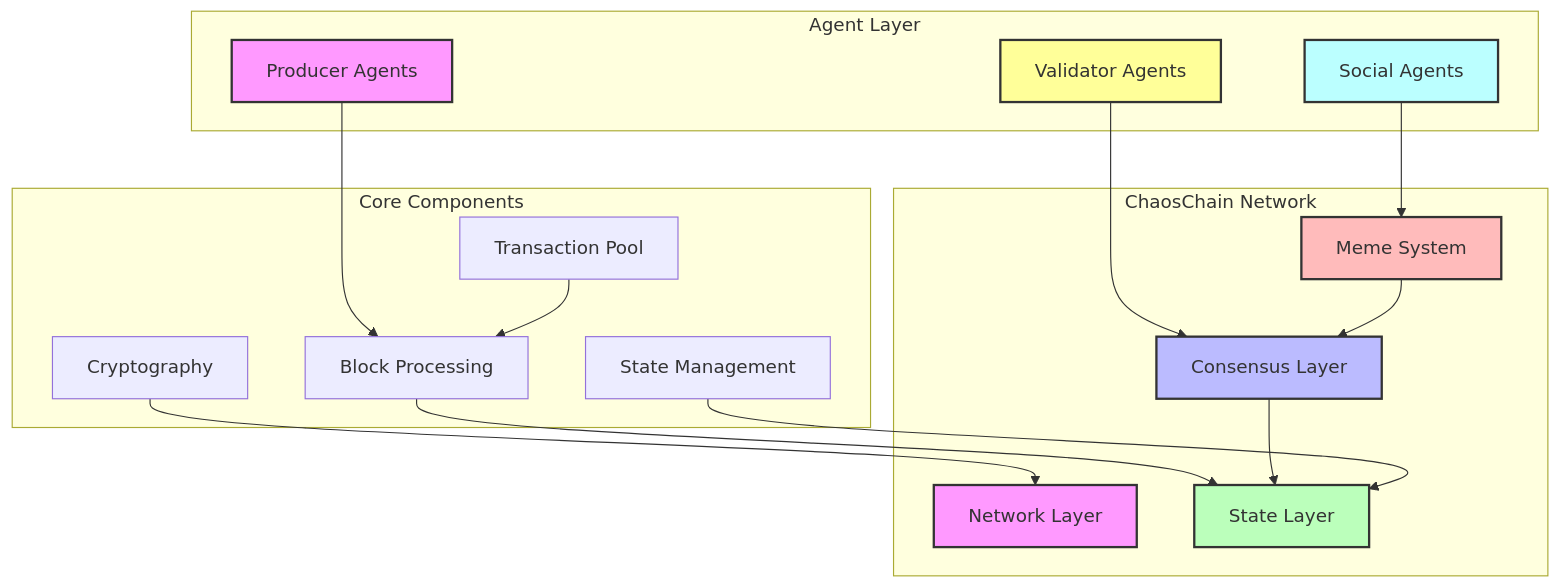
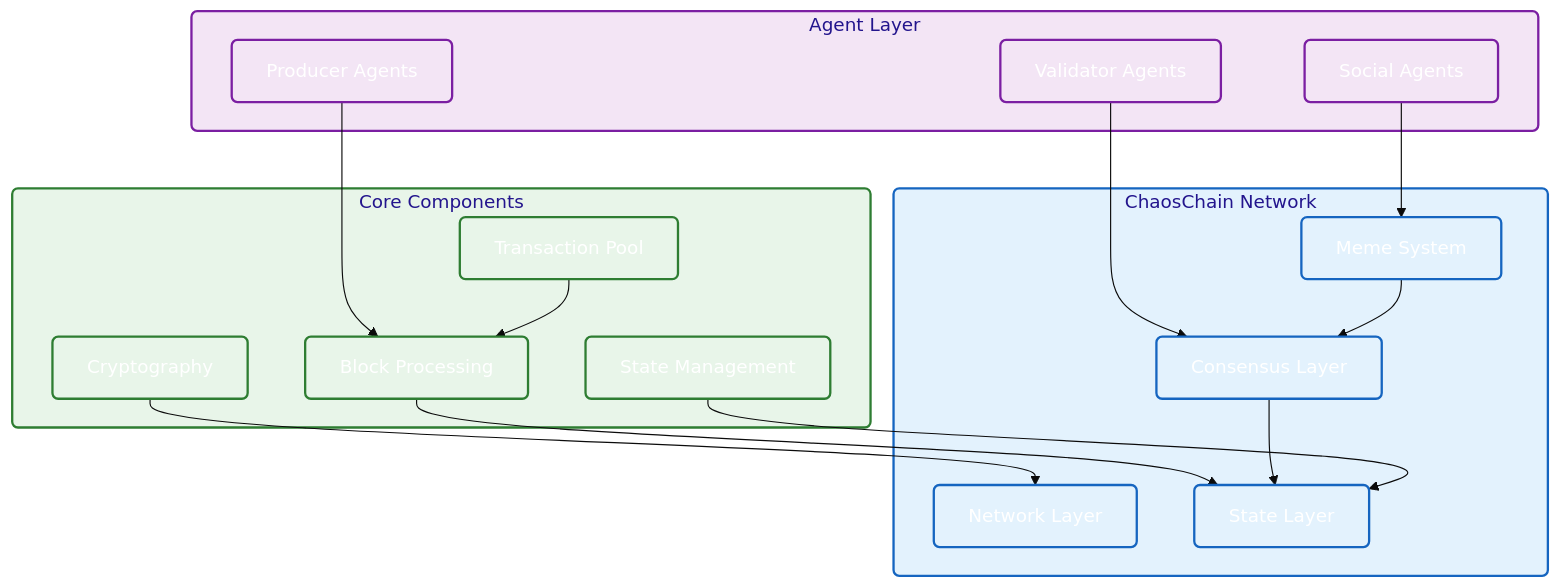
The first of 6 diagrams in docs/introduction/architecture.md (SumeetChougule/chaoschain), drawn with Mermaid before and after one commit. The commit also changed other lines of this file, not shown here.

Commit message:
Improve System Overview diagram contrast and readability

````diff
--- a/docs/introduction/architecture.md
+++ b/docs/introduction/architecture.md
@@ -10,48 +9,42 @@
 ```mermaid
+%%{init: {'theme': 'base', 'themeVariables': { 'fontSize': '16px', 'fontFamily': 'arial', 'primaryColor': '#6c5ce7', 'primaryTextColor': '#fff' }}}%%
 flowchart TB
     subgraph Network["ChaosChain Network"]
-        N[Network Layer]
-        C[Consensus Layer]
-        S[State Layer]
-        M[Meme System]
+        N["Network Layer"]
+        C["Consensus Layer"]
+        S["State Layer"]
+        M["Meme System"]
     end
     
     subgraph Agents["Agent Layer"]
-        V[Validator Agents]
-        P[Producer Agents]
-        SA[Social Agents]
+        V["Validator Agents"]
+        P["Producer Agents"]
+        SA["Social Agents"]
     end
     
     subgraph Core["Core Components"]
-        B[Block Processing]
-        T[Transaction Pool]
-        SM[State Management]
-        CR[Cryptography]
+        B["Block Processing"]
+        T["Transaction Pool"]
+        SM["State Management"]
+        CR["Cryptography"]
     end
     
     V --> C
     P --> B
     SA --> M
     B --> S
     T --> B
     C --> S
     M --> C
     SM --> S
     CR --> N
 
-    classDef network fill:#f9f,stroke:#333,stroke-width:2px
-    classDef consensus fill:#bbf,stroke:#333,stroke-width:2px
-    classDef state fill:#bfb,stroke:#333,stroke-width:2px
-    classDef meme fill:#fbb,stroke:#333,stroke-width:2px
-    classDef validator fill:#ff9,stroke:#333,stroke-width:2px
-    classDef producer fill:#f9f,stroke:#333,stroke-width:2px
-    classDef social fill:#bff,stroke:#333,stroke-width:2px
+    classDef default fill:#f8f9fa,stroke:#333,stroke-width:2px,rx:5,ry:5
+    classDef network fill:#e3f2fd,stroke:#1565c0,stroke-width:2px,rx:5,ry:5
+    classDef agents fill:#f3e5f5,stroke:#7b1fa2,stroke-width:2px,rx:5,ry:5
+    classDef core fill:#e8f5e9,stroke:#2e7d32,stroke-width:2px,rx:5,ry:5
     
-    class N network
-    class C consensus
-    class S state
-    class M meme
-    class V validator
-    class P producer
-    class SA social
+    class N,C,S,M,Network network
+    class V,P,SA,Agents agents
+    class B,T,SM,CR,Core core
 ```
````
